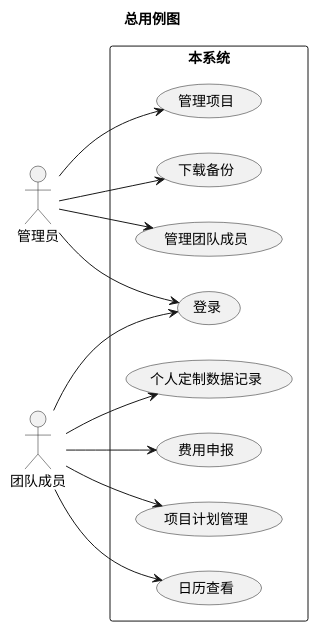
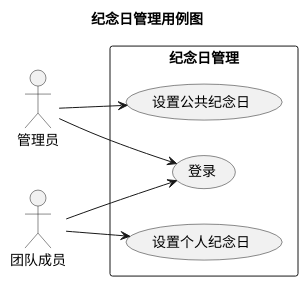
One commit to LampingSu/ocagents changed the tenth of 10 diagrams in 产品资料/0_需求/ConDili_软件需求规格说明书.md. Above: the diagram before and after it, drawn with PlantUML. The commit also changed other lines of this file and 2 other files, not shown here.

````diff
--- a/产品资料/0_需求/ConDili_软件需求规格说明书.md
+++ b/产品资料/0_需求/ConDili_软件需求规格说明书.md
@@ -52,21 +455,16 @@
 ```plantuml
 @startuml
-title 总用例图
+title 纪念日管理用例图
 left to right direction
 actor 管理员
 actor 团队成员
 
-rectangle "本系统" {
+rectangle "纪念日管理" {
   管理员 --> (登录)
-  管理员 --> (管理团队成员)
-  管理员 --> (管理项目)
-  管理员 --> (下载备份)
+  管理员 --> (设置公共纪念日)
   
   团队成员 --> (登录)
-  团队成员 --> (个人定制数据记录)
-  团队成员 --> (费用申报)
-  团队成员 --> (项目计划管理)
-  团队成员 --> (日历查看)
+  团队成员 --> (设置个人纪念日)
 }
 @enduml
 ```
````
